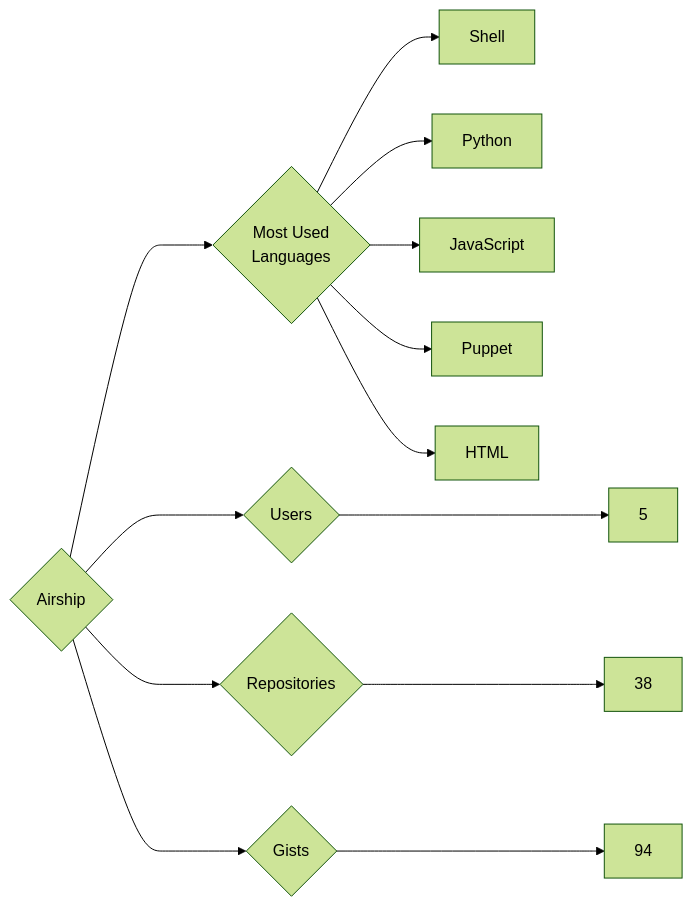
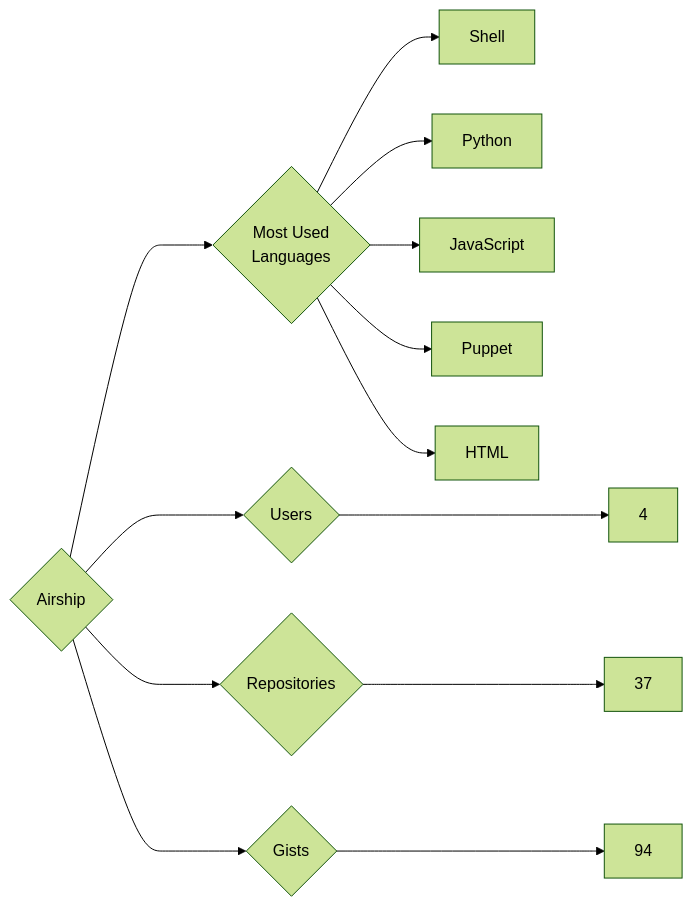
The diagram in targets/Airship/README.md (trickest/insiders), drawn with Mermaid (forest theme) before and after one commit. The commit also changed 1036 other files, not shown here.

````diff
--- a/targets/Airship/README.md
+++ b/targets/Airship/README.md
@@ -3,13 +3,13 @@
 ```mermaid
 graph LR
 COMPANY_NAME{Airship}
-COMPANY_NAME ---> U{Users} ---> UN[5]
-COMPANY_NAME ---> R{Repositories} ---> RN[38]
+COMPANY_NAME ---> U{Users} ---> UN[4]
+COMPANY_NAME ---> R{Repositories} ---> RN[37]
 COMPANY_NAME ---> G{Gists} ---> GN[94]
 COMPANY_NAME ---> ML{Most Used<br>Languages}
 ML --> Shell[Shell]
 ML --> Python[Python]
 ML --> JavaScript[JavaScript]
 ML --> Puppet[Puppet]
 ML --> HTML[HTML]
 ```
````
